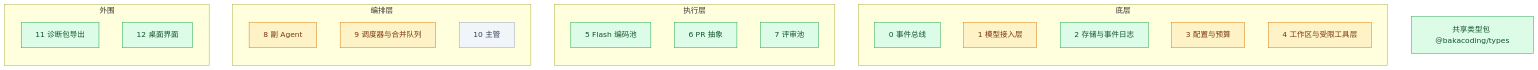
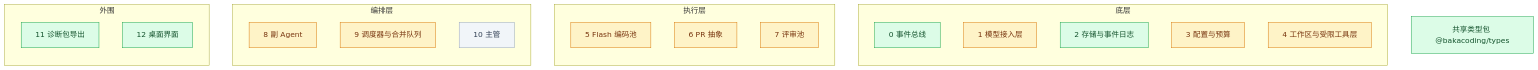
The diagram in docs/progress.md (Akarin7784/BakaCoding), drawn with Mermaid before and after one commit. The commit also changed other lines of this file, not shown here.

Commit message:
T-047: mark M5/M6/M7 in-progress on module map

````diff
--- a/docs/progress.md
+++ b/docs/progress.md
@@ -11,33 +11,33 @@
 ```mermaid
 flowchart BT
   subgraph 底层
     M0[0 事件总线]
     M1[1 模型接入层]
     M2[2 存储与事件日志]
     M3[3 配置与预算]
     M4[4 工作区与受限工具层]
   end
   subgraph 执行层
     M5[5 Flash 编码池]
     M6[6 PR 抽象]
     M7[7 评审池]
   end
   subgraph 编排层
     M8[8 副 Agent]
     M9[9 调度器与合并队列]
     M10[10 主管]
   end
   subgraph 外围
     M11[11 诊断包导出]
     M12[12 桌面界面]
   end
   T[共享类型包 @bakacoding/types]
 
   classDef todo fill:#f1f5f9,stroke:#94a3b8,color:#334155
   classDef doing fill:#fef3c7,stroke:#d97706,color:#78350f
   classDef done fill:#dcfce7,stroke:#16a34a,color:#14532d
 
-  class M0,M2,M5,M6,M7,M11,M12,T done
-  class M1,M3,M4,M8,M9 doing
+  class M0,M2,M11,M12,T done
+  class M1,M3,M4,M5,M6,M7,M8,M9 doing
   class M10 todo
 ```
````
